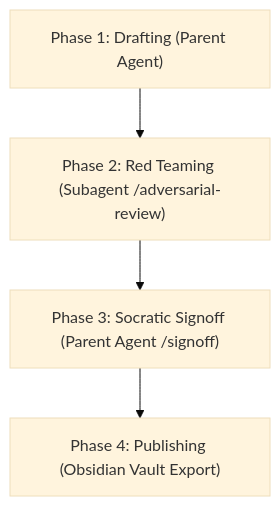
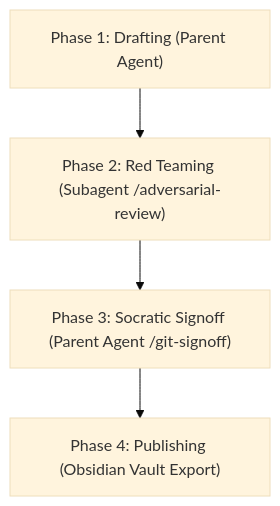
Before and after one commit to jerrylin96/dotgemini: the diagram in skills/math-proof-audit/SKILL.md, drawn with Mermaid (base theme). The commit also changed other lines of this file and 2 other files, not shown here.

Commit message:
docs: update dependent skill references to git-signoff

````diff
--- a/skills/math-proof-audit/SKILL.md
+++ b/skills/math-proof-audit/SKILL.md
@@ -19,6 +19,6 @@
 ```mermaid
 graph TD
     A["Phase 1: Drafting (Parent Agent)"] --> B["Phase 2: Red Teaming (Subagent /adversarial-review)"]
-    B --> C["Phase 3: Socratic Signoff (Parent Agent /signoff)"]
+    B --> C["Phase 3: Socratic Signoff (Parent Agent /git-signoff)"]
     C --> D["Phase 4: Publishing (Obsidian Vault Export)"]
 ```
````
